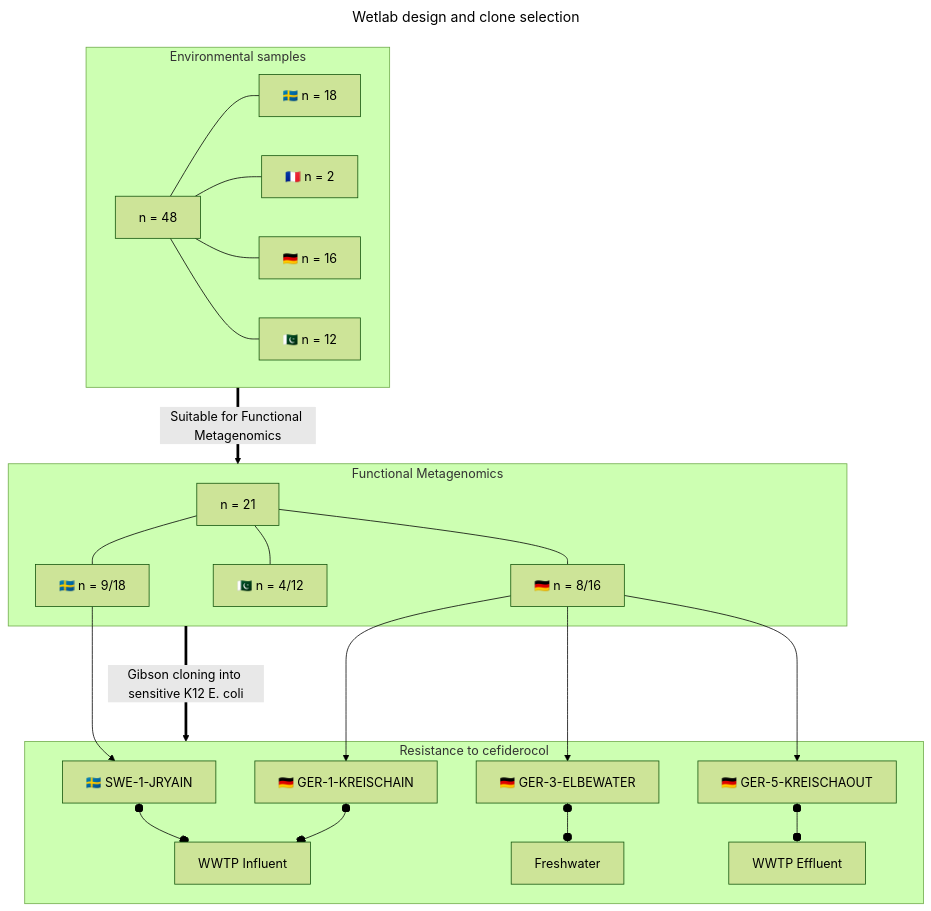
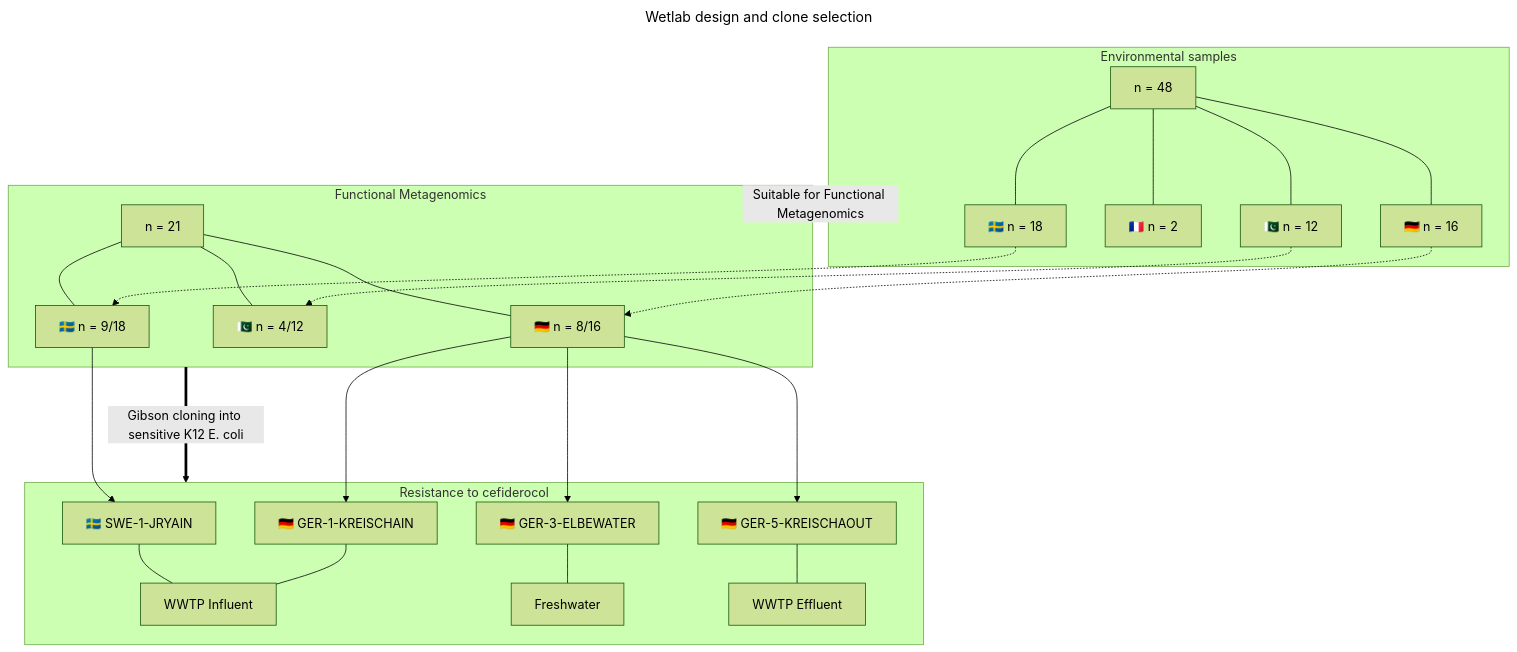
One commit to RemiGSC/Mgf_FDC changed the first of 2 diagrams in README.md. Above: the diagram before and after it, drawn with Mermaid (forest theme). The commit also changed other lines of this file, not shown here.

````diff
--- a/README.md
+++ b/README.md
@@ -7,35 +7,39 @@
 ```mermaid
 ---
 title: Wetlab design and clone selection
 ---
 flowchart TD
 	subgraph ev [Environmental samples]
 		A[n = 48] --- A1[🇸🇪 n = 18]
 		A --- A2[🇫🇷 n = 2]
 		A --- A3[🇩🇪 n = 16]
 		A --- A4[🇵🇰 n = 12]
 	end
 
 	subgraph fmg [Functional Metagenomics]
 		B[n = 21] --- B1[🇸🇪 n = 9/18]
 		B --- B3[🇩🇪 n = 8/16]
 		B --- B4[🇵🇰 n = 4/12]
 	end
 
 	subgraph Rcef [Resistance to cefiderocol]
-			C1[🇸🇪 SWE-1-JRYAIN] o--o WWIN[WWTP Influent]
-			C3a[🇩🇪 GER-1-KREISCHAIN] o--o WWIN[WWTP Influent]
-			C3b[🇩🇪 GER-3-ELBEWATER] o--o Fresh[Freshwater]
-			C3c[🇩🇪 GER-5-KREISCHAOUT] o--o WWEF[WWTP Effluent]
+			C1[🇸🇪 SWE-1-JRYAIN] --- WWIN[WWTP Influent]
+			C3a[🇩🇪 GER-1-KREISCHAIN] --- WWIN[WWTP Influent]
+			C3b[🇩🇪 GER-3-ELBEWATER] --- Fresh[Freshwater]
+			C3c[🇩🇪 GER-5-KREISCHAOUT] --- WWEF[WWTP Effluent]
 	end
 
 
 ev ==>|Suitable for Functional Metagenomics| fmg
 
 fmg ==>|Gibson cloning into sensitive K12 E. coli| Rcef
 
+A1 -.-> B1
+A3 -.-> B3
+A4 -.-> B4
+
 B1 ---> C1
 B3 ---> C3a
 B3 ---> C3b
 B3 ---> C3c
 ```
````
